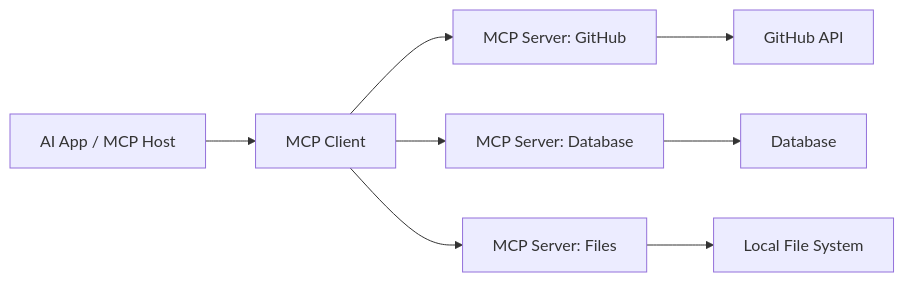
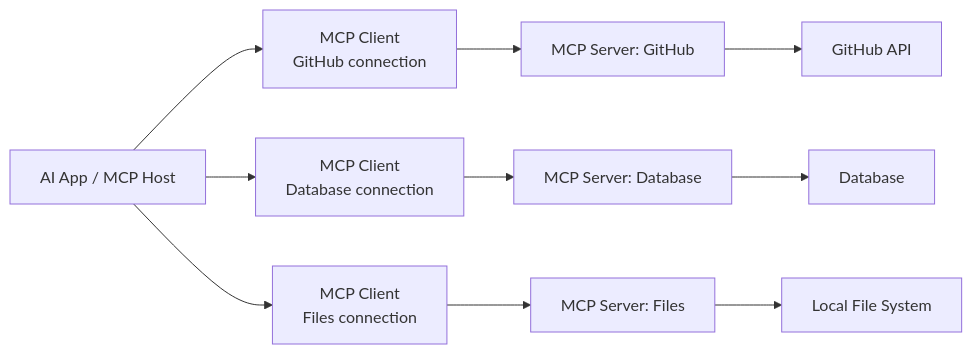
Before and after one commit to AceronX/ai-agent-roadmap: the second of 5 diagrams in docs/stages/06-mcp/mcp-overview/index.md, drawn with Mermaid. The commit also changed other lines of this file, not shown here.

Commit message:
fix: update mcp overview diagram

````diff
--- a/docs/stages/06-mcp/mcp-overview/index.md
+++ b/docs/stages/06-mcp/mcp-overview/index.md
@@ -140,10 +140,13 @@
 ```mermaid
 flowchart LR
-    A[AI App / MCP Host] --> B[MCP Client]
-    B --> C[MCP Server: GitHub]
-    B --> D[MCP Server: Database]
-    B --> E[MCP Server: Files]
-    C --> F[GitHub API]
-    D --> G[Database]
-    E --> H[Local File System]
+    H[AI App / MCP Host]
+    H --> C1[MCP Client<br/>GitHub connection]
+    H --> C2[MCP Client<br/>Database connection]
+    H --> C3[MCP Client<br/>Files connection]
+    C1 --> S1[MCP Server: GitHub]
+    C2 --> S2[MCP Server: Database]
+    C3 --> S3[MCP Server: Files]
+    S1 --> X1[GitHub API]
+    S2 --> X2[Database]
+    S3 --> X3[Local File System]
 ```
````
